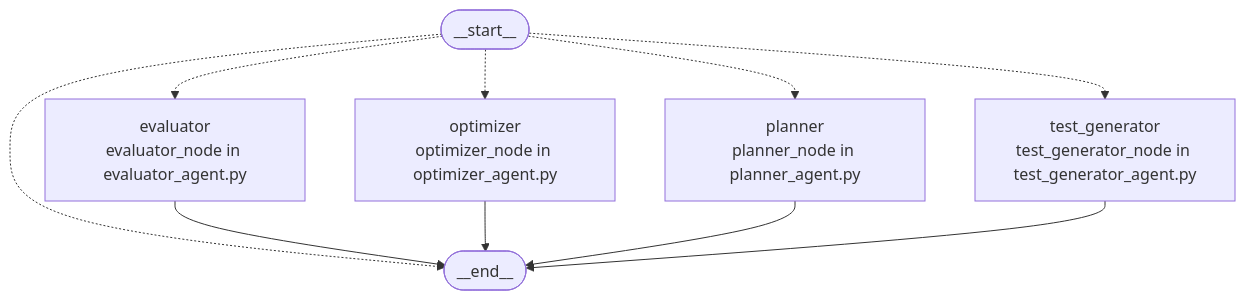
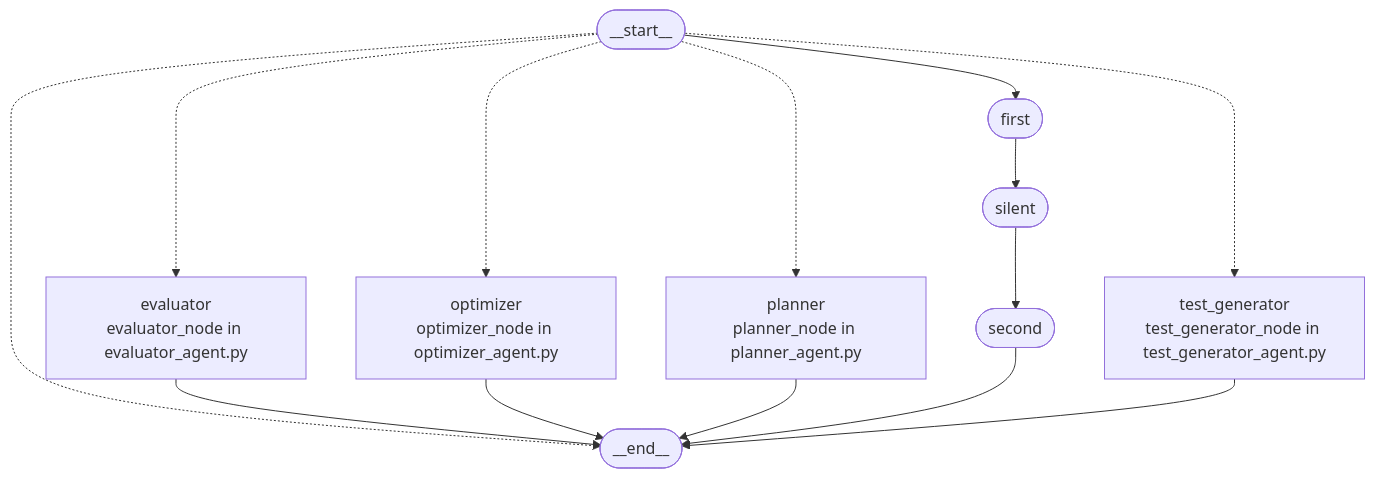
Before and after one commit to asparagusD/readfocus: the second of 2 diagrams in docs/repo-graph/REPO_MAP.md, drawn with Mermaid. The commit also changed other lines of this file and 8 other files, not shown here.

````diff
--- a/docs/repo-graph/REPO_MAP.md
+++ b/docs/repo-graph/REPO_MAP.md
@@ -192,18 +192,25 @@
 ```mermaid
 flowchart TD
   graph_node___end__(["__end__"])
   graph_node___start__(["__start__"])
   graph_node___start__ -.-> graph_node___end__
   graph_node___start__ -.-> graph_node_evaluator
+  graph_node___start__ --> graph_node_first
   graph_node___start__ -.-> graph_node_optimizer
   graph_node___start__ -.-> graph_node_planner
   graph_node___start__ -.-> graph_node_test_generator
   graph_node_evaluator["evaluator<br/>evaluator_node in evaluator_agent.py"]
   graph_node_evaluator --> graph_node___end__
+  graph_node_first(["first"])
+  graph_node_first --> graph_node_silent
   graph_node_optimizer["optimizer<br/>optimizer_node in optimizer_agent.py"]
   graph_node_optimizer --> graph_node___end__
   graph_node_planner["planner<br/>planner_node in planner_agent.py"]
   graph_node_planner --> graph_node___end__
+  graph_node_second(["second"])
+  graph_node_second --> graph_node___end__
+  graph_node_silent(["silent"])
+  graph_node_silent --> graph_node_second
   graph_node_test_generator["test_generator<br/>test_generator_node in test_generator_agent.py"]
   graph_node_test_generator --> graph_node___end__
 ```
````
